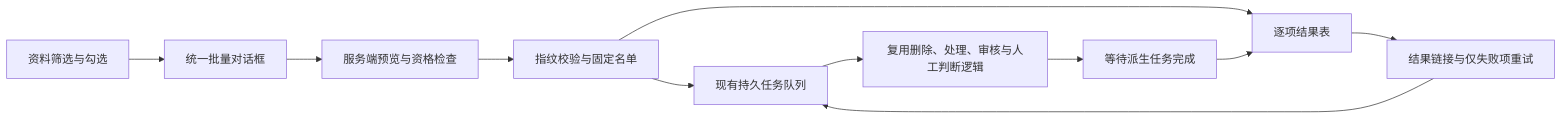
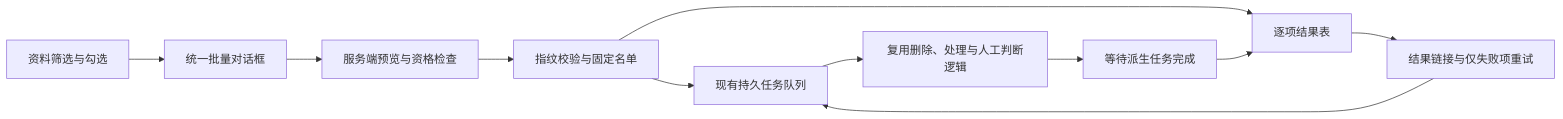
Before and after one commit to Dikui/Reliquary: the diagram in docs/batch-operations.md, drawn with Mermaid. The commit also changed other lines of this file and 27 other files, not shown here.

````diff
--- a/docs/batch-operations.md
+++ b/docs/batch-operations.md
@@ -22,13 +13,13 @@
 ```mermaid
 flowchart LR
     F[资料筛选与勾选] --> D[统一批量对话框]
     D --> P[服务端预览与资格检查]
     P --> C[指纹校验与固定名单]
     C --> Q[现有持久任务队列]
     C --> L[逐项结果表]
-    Q --> H[复用删除、处理、审核与人工判断逻辑]
+    Q --> H[复用删除、处理与人工判断逻辑]
     H --> T[等待派生任务完成]
     T --> L
     L --> R[结果链接与仅失败项重试]
     R --> Q
 ```
````
